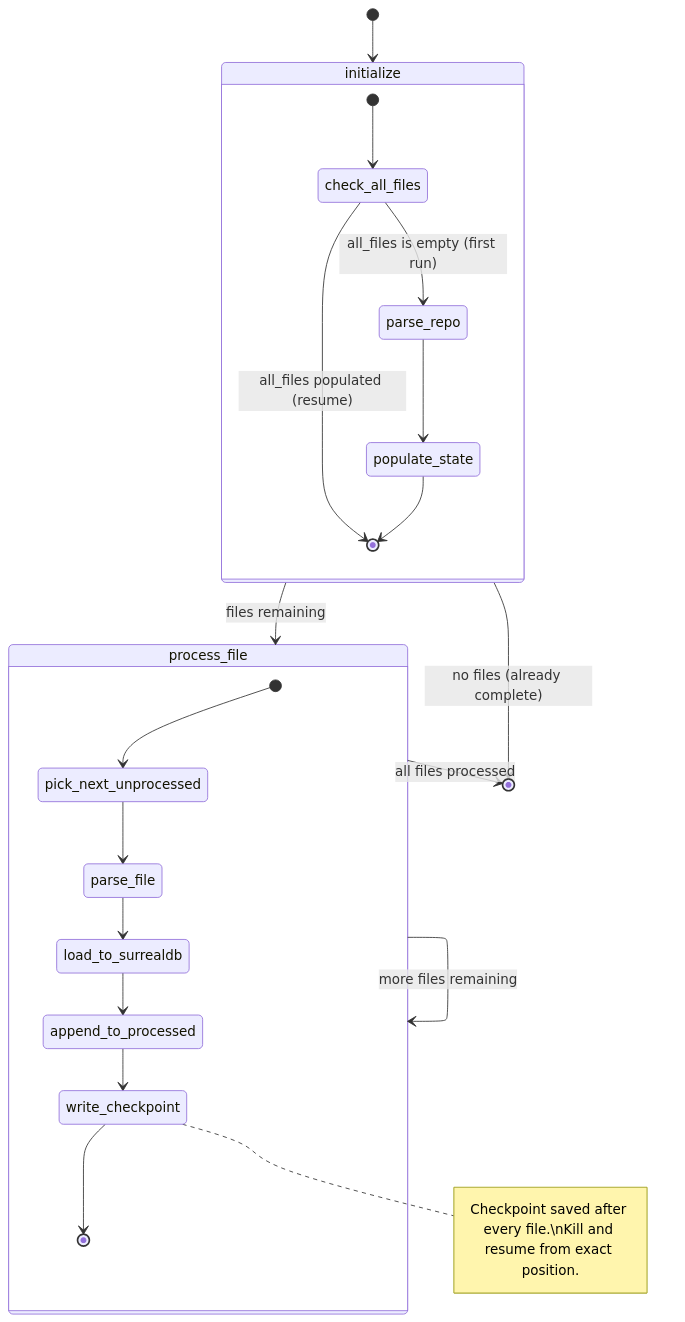
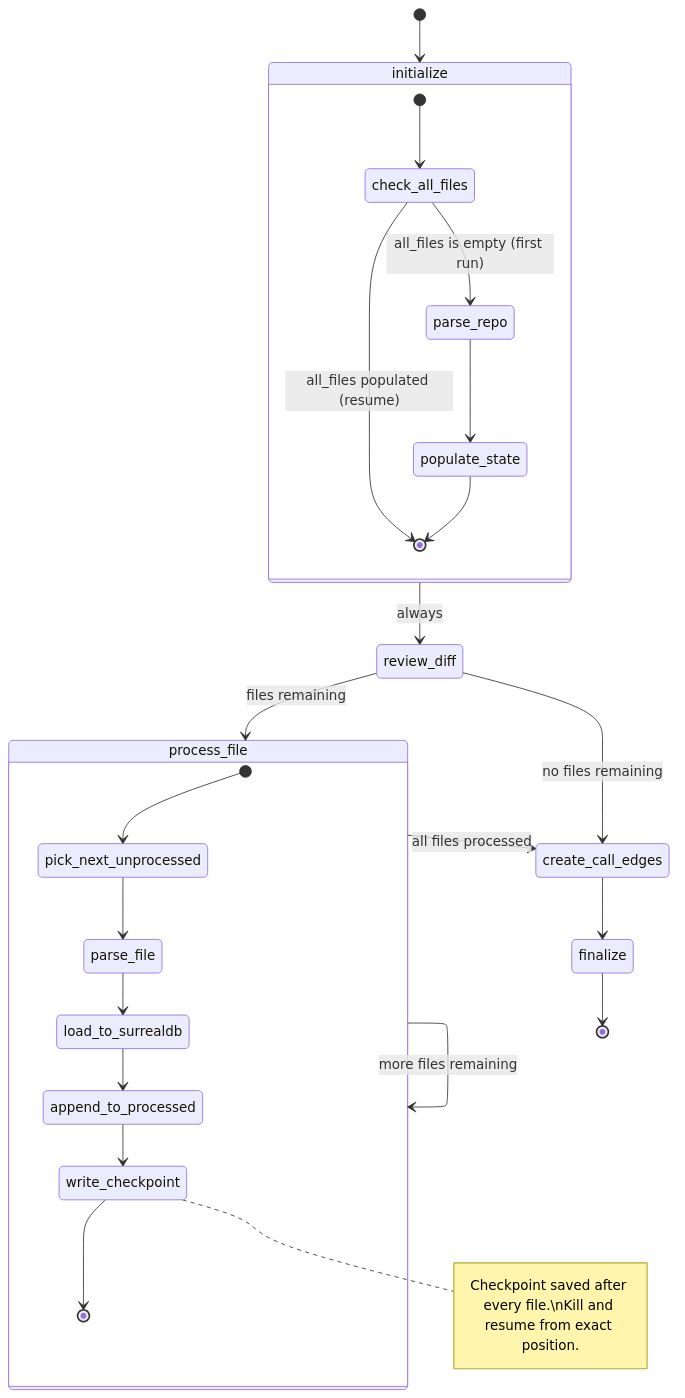
One commit to atwmarshall/dead-reckoning changed the fifth of 7 diagrams in ARCHITECTURE.md. Above: the diagram before and after it, drawn with Mermaid. The commit also changed other lines of this file and 9 other files, not shown here.

````diff
--- a/ARCHITECTURE.md
+++ b/ARCHITECTURE.md
@@ -250,26 +260,29 @@
 ```mermaid
 stateDiagram-v2
     [*] --> initialize
-    initialize --> process_file: files remaining
-    initialize --> [*]: no files (already complete)
+    initialize --> review_diff: always
+    review_diff --> process_file: files remaining
+    review_diff --> create_call_edges: no files remaining
     process_file --> process_file: more files remaining
-    process_file --> [*]: all files processed
+    process_file --> create_call_edges: all files processed
+    create_call_edges --> finalize
+    finalize --> [*]
 
     state initialize {
         [*] --> check_all_files
         check_all_files --> parse_repo: all_files is empty (first run)
         check_all_files --> [*]: all_files populated (resume)
         parse_repo --> populate_state
         populate_state --> [*]
     }
 
     state process_file {
         [*] --> pick_next_unprocessed
         pick_next_unprocessed --> parse_file
         parse_file --> load_to_surrealdb
         load_to_surrealdb --> append_to_processed
         append_to_processed --> write_checkpoint
         write_checkpoint --> [*]
         note right of write_checkpoint: Checkpoint saved after every file.\nKill and resume from exact position.
     }
 ```
````
